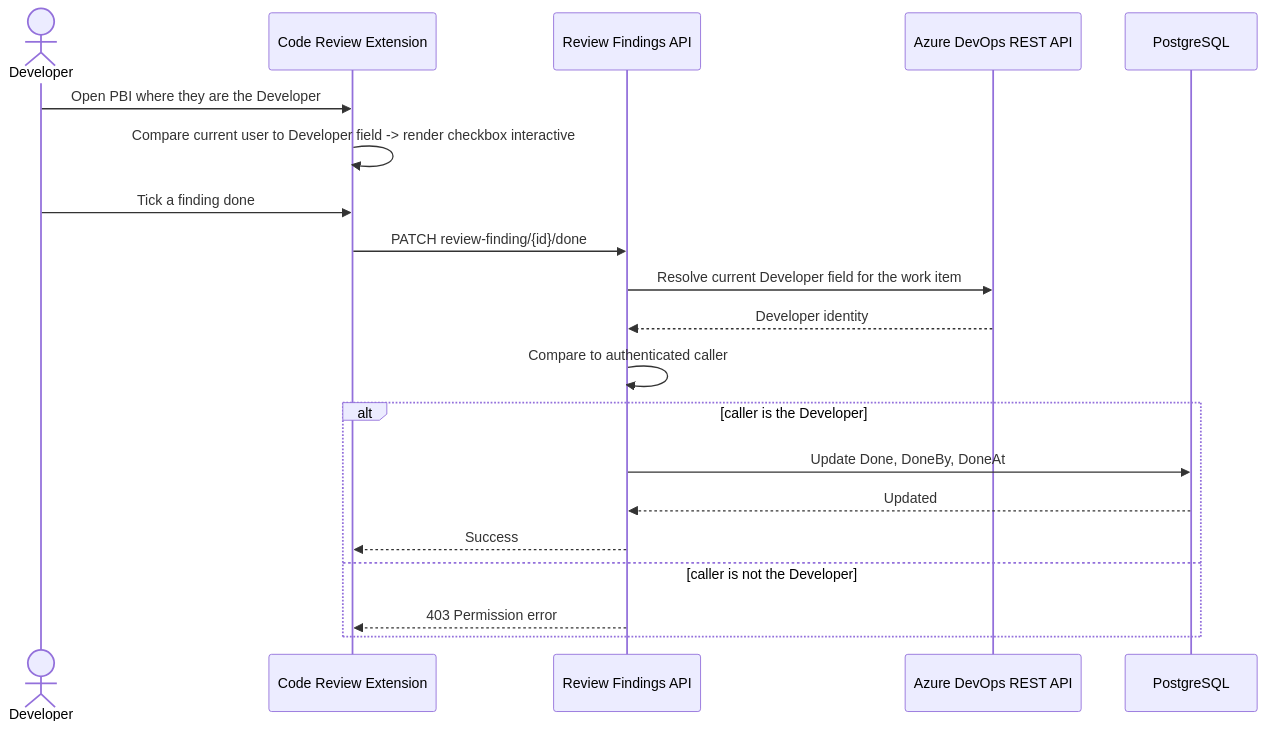
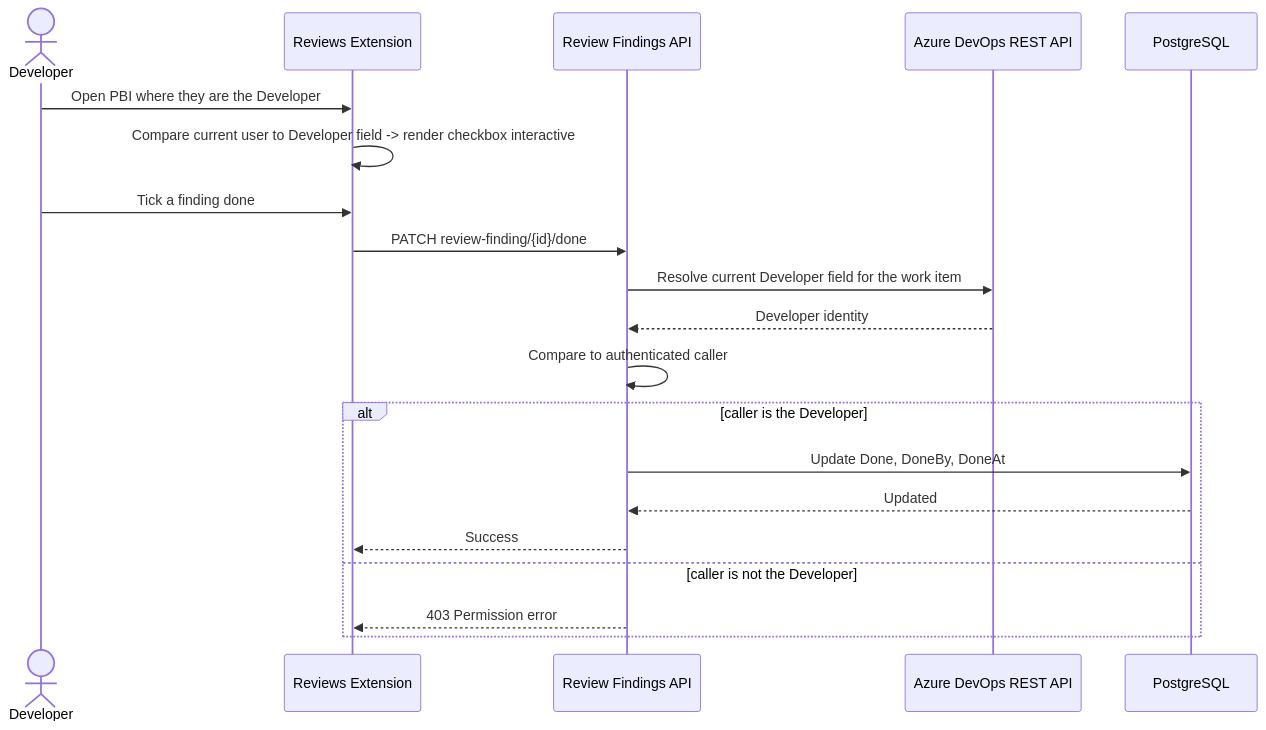
The fourth of 4 diagrams in docs/ARCHITECTURE.md (Deshanm123/-CodeReviewChecklist-azdevops), drawn with Mermaid before and after one commit. The commit also changed other lines of this file and 18 other files, not shown here.

````diff
--- a/docs/ARCHITECTURE.md
+++ b/docs/ARCHITECTURE.md
@@ -182,23 +183,23 @@
 ```mermaid
 sequenceDiagram
     actor Developer
-    participant Ext as Code Review Extension
+    participant Ext as Reviews Extension
     participant Api as Review Findings API
     participant ADOApi as Azure DevOps REST API
     participant Db as PostgreSQL
 
     Developer->>Ext: Open PBI where they are the Developer
     Ext->>Ext: Compare current user to Developer field -> render checkbox interactive
     Developer->>Ext: Tick a finding done
     Ext->>Api: PATCH review-finding/{id}/done
     Api->>ADOApi: Resolve current Developer field for the work item
     ADOApi-->>Api: Developer identity
     Api->>Api: Compare to authenticated caller
     alt caller is the Developer
         Api->>Db: Update Done, DoneBy, DoneAt
         Db-->>Api: Updated
         Api-->>Ext: Success
     else caller is not the Developer
         Api-->>Ext: 403 Permission error
     end
 ```
````
